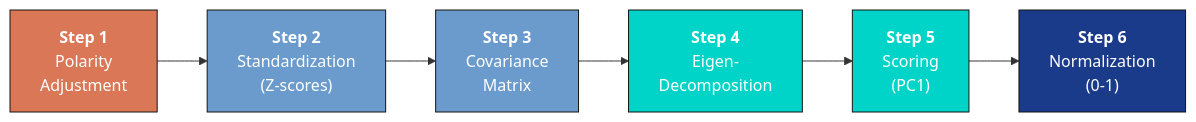
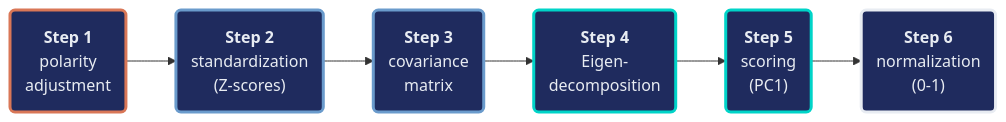
The diagram in content/post/python_pca/references/tutorial.qmd (cmg777/starter-academic-v501), drawn with Mermaid before and after one commit. The commit also changed other lines of this file and 42 other files, not shown here.

First line of the commit message:
content(mermaid): restyle Mermaid copies in tutorial sources and the LaLonde slide deck

````diff
--- a/content/post/python_pca/references/tutorial.qmd
+++ b/content/post/python_pca/references/tutorial.qmd
@@ -119,15 +119,16 @@
 ```{mermaid}
 graph LR
-    A["<b>Step 1</b><br/>Polarity<br/>Adjustment"] --> B["<b>Step 2</b><br/>Standardization<br/>(Z-scores)"]
-    B --> C["<b>Step 3</b><br/>Covariance<br/>Matrix"]
-    C --> D["<b>Step 4</b><br/>Eigen-<br/>Decomposition"]
-    D --> E["<b>Step 5</b><br/>Scoring<br/>(PC1)"]
-    E --> F["<b>Step 6</b><br/>Normalization<br/>(0-1)"]
-
-    style A fill:#d97757,stroke:#141413,color:#fff
-    style B fill:#6a9bcc,stroke:#141413,color:#fff
-    style C fill:#6a9bcc,stroke:#141413,color:#fff
-    style D fill:#00d4c8,stroke:#141413,color:#fff
-    style E fill:#00d4c8,stroke:#141413,color:#fff
-    style F fill:#1a3a8a,stroke:#141413,color:#fff
+    A("<b>Step 1</b><br/>polarity<br/>adjustment") --> B("<b>Step 2</b><br/>standardization<br/>(Z-scores)")
+    B --> C("<b>Step 3</b><br/>covariance<br/>matrix")
+    C --> D("<b>Step 4</b><br/>Eigen-<br/>decomposition")
+    D --> E("<b>Step 5</b><br/>scoring<br/>(PC1)")
+    E --> F("<b>Step 6</b><br/>normalization<br/>(0-1)")
+    classDef orange fill:#1f2b5e,stroke:#d97757,stroke-width:3px,color:#e8ecf2
+    classDef blue fill:#1f2b5e,stroke:#6a9bcc,stroke-width:3px,color:#e8ecf2
+    classDef teal fill:#1f2b5e,stroke:#00d4c8,stroke-width:3px,color:#e8ecf2
+    classDef key fill:#1f2b5e,stroke:#e8ecf2,stroke-width:3px,color:#e8ecf2
+    class A orange
+    class B,C blue
+    class D,E teal
+    class F key
 ```
````
